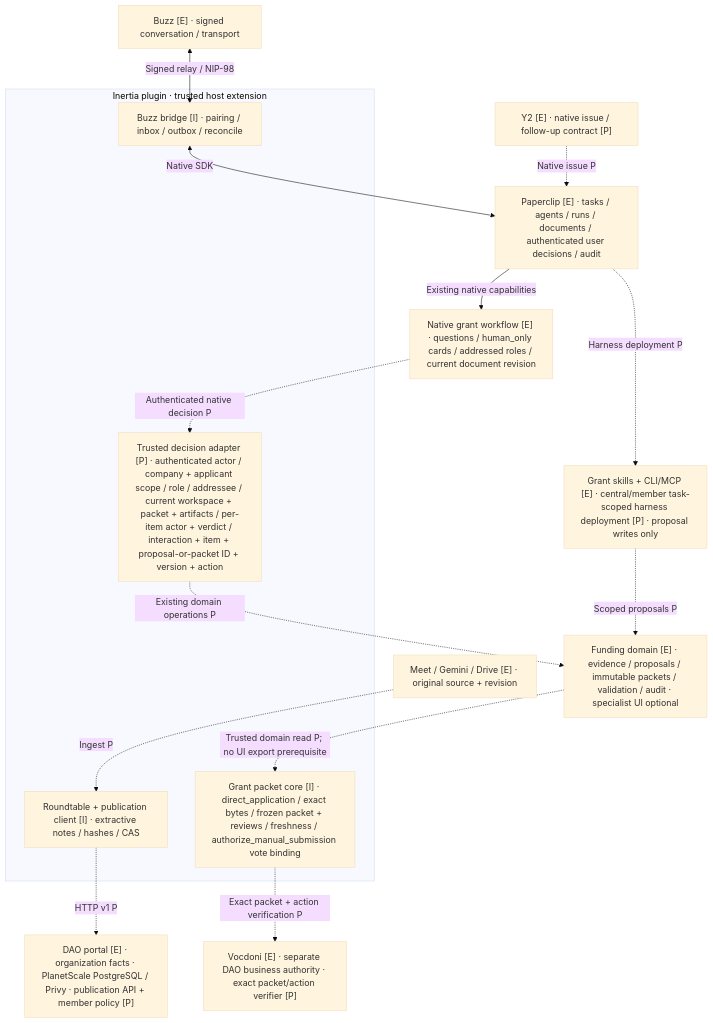
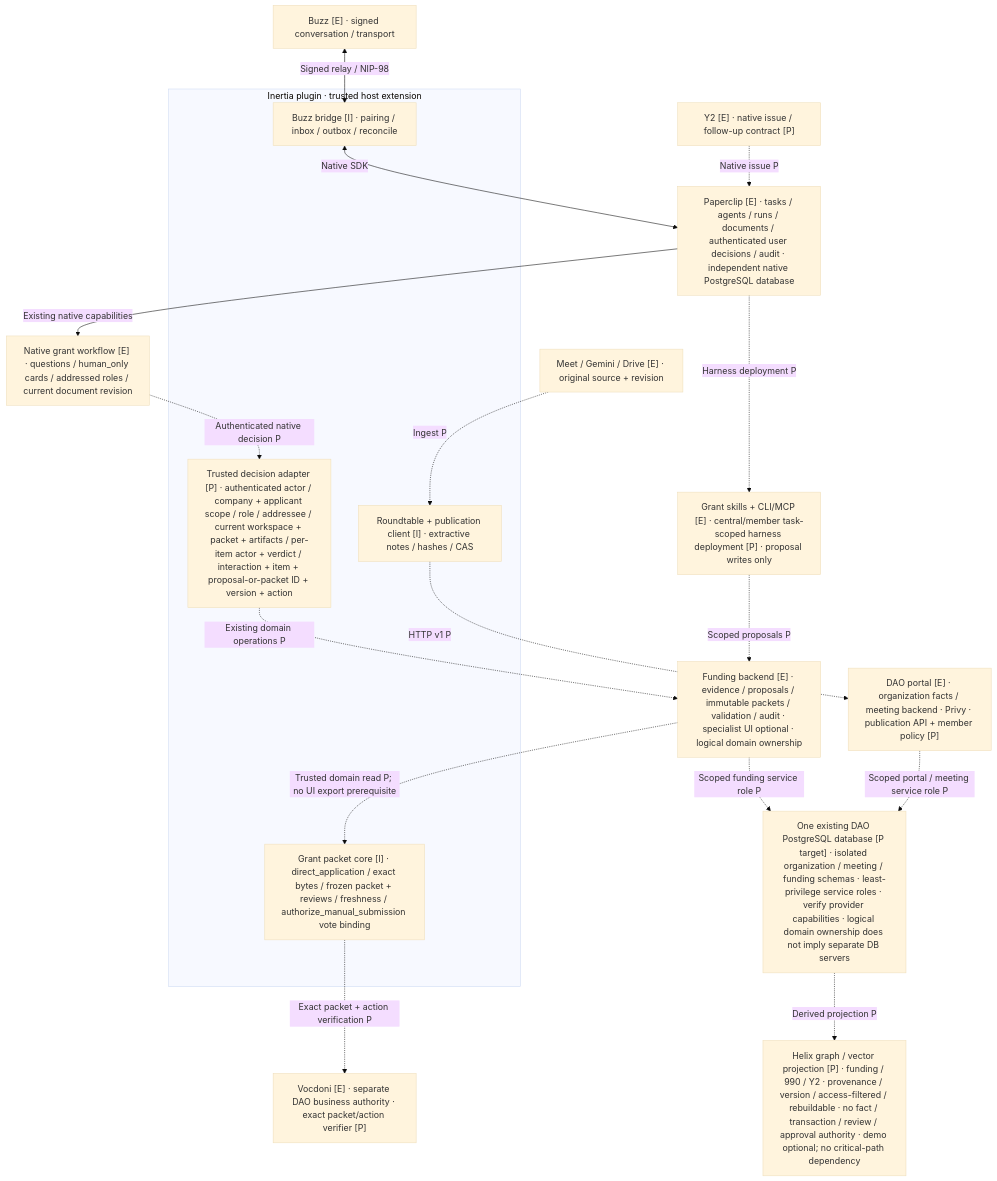
The diagram in docs/architecture/diagrams/architecture.mmd (NetRxn/Inertia), drawn with Mermaid (base theme) before and after one commit. The commit also changed 16 other files, not shown here.

Commit message:
docs: consolidate DAO PostgreSQL and Helix data architecture (r12)

```diff
--- a/docs/architecture/diagrams/architecture.mmd
+++ b/docs/architecture/diagrams/architecture.mmd
@@ -1,28 +1,33 @@
 flowchart TB
  B["Buzz [E] · signed conversation / transport"]
- PC["Paperclip [E] · tasks / agents / runs / documents / authenticated user decisions / audit"]
+ PC["Paperclip [E] · tasks / agents / runs / documents / authenticated user decisions / audit · independent native PostgreSQL database"]
  H["Grant skills + CLI/MCP [E] · central/member task-scoped harness deployment [P] · proposal writes only"]
  N["Native grant workflow [E] · questions / human_only cards / addressed roles / current document revision"]
- F["Funding domain [E] · evidence / proposals / immutable packets / validation / audit · specialist UI optional"]
+ F["Funding backend [E] · evidence / proposals / immutable packets / validation / audit · specialist UI optional · logical domain ownership"]
  D["Meet / Gemini / Drive [E] · original source + revision"]
- W["DAO portal [E] · organization facts · PlanetScale PostgreSQL / Privy · publication API + member policy [P]"]
+ W["DAO portal [E] · organization facts / meeting backend · Privy · publication API + member policy [P]"]
  V["Vocdoni [E] · separate DAO business authority · exact packet/action verifier [P]"]
  Y["Y2 [E] · native issue / follow-up contract [P]"]
+ DB["One existing DAO PostgreSQL database [P target] · isolated organization / meeting / funding schemas · least-privilege service roles · verify provider capabilities · logical domain ownership does not imply separate DB servers"]
+ HX["Helix graph / vector projection [P] · funding / 990 / Y2 · provenance / version / access-filtered / rebuildable · no fact / transaction / review / approval authority · demo optional; no critical-path dependency"]
  subgraph Inertia[Inertia plugin · trusted host extension]
  BR["Buzz bridge [I] · pairing / inbox / outbox / reconcile"]
  RT["Roundtable + publication client [I] · extractive notes / hashes / CAS"]
  A["Trusted decision adapter [P] · authenticated actor / company + applicant scope / role / addressee / current workspace + packet + artifacts / per-item actor + verdict / interaction + item + proposal-or-packet ID + version + action"]
  GR["Grant packet core [I] · direct_application / exact bytes / frozen packet + reviews / freshness / authorize_manual_submission vote binding"]
  end
  B <-->|Signed relay / NIP-98| BR
  BR <-->|Native SDK| PC
  PC -.->|Harness deployment P| H
  PC -->|Existing native capabilities| N
  H -.->|Scoped proposals P| F
  N -.->|Authenticated native decision P| A
  A -.->|Existing domain operations P| F
  F -.->|Trusted domain read P; no UI export prerequisite| GR
  D -.->|Ingest P| RT
  RT -.->|HTTP v1 P| W
  GR -.->|Exact packet + action verification P| V
  Y -.->|Native issue P| PC
+ F -.->|Scoped funding service role P| DB
+ W -.->|Scoped portal / meeting service role P| DB
+ DB -.->|Derived projection P| HX
```
